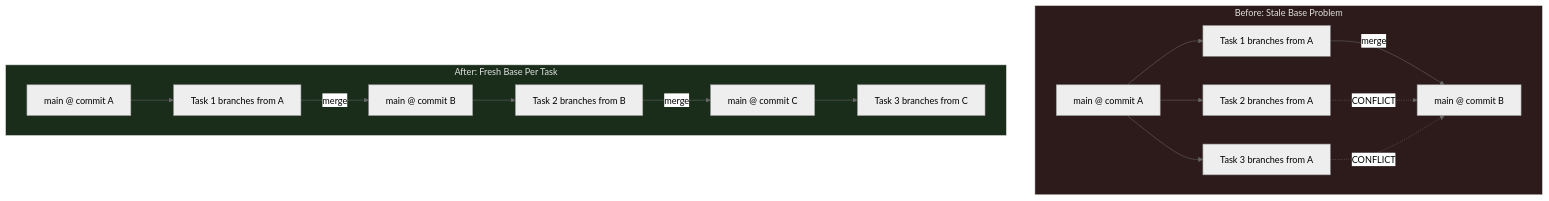
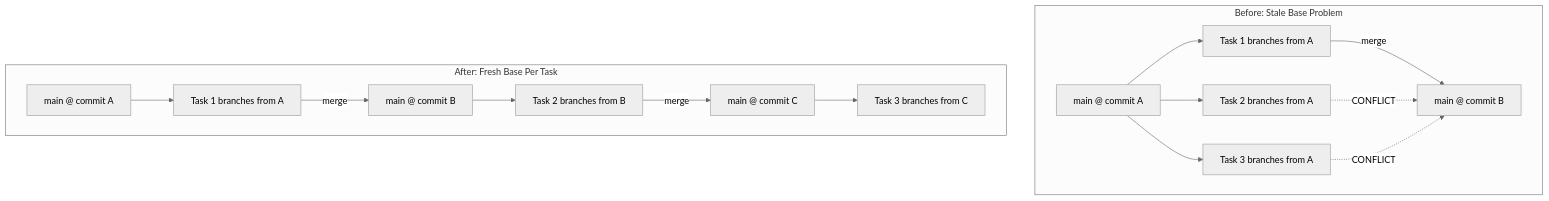
Before and after one commit to doyun-gu/claude-handler: the eighth of 9 diagrams in docs/ARCHITECTURE.md, drawn with Mermaid (neutral theme). The commit also changed other lines of this file, not shown here.

First line of the commit message:
Remove custom dark colors from mermaid diagrams

````diff
--- a/docs/ARCHITECTURE.md
+++ b/docs/ARCHITECTURE.md
@@ -323,22 +306,20 @@
 ```mermaid
 flowchart TD
     subgraph Before["Before: Stale Base Problem"]
         A1["main @ commit A"] --> B1["Task 1 branches from A"]
         A1 --> C1["Task 2 branches from A"]
         A1 --> D1["Task 3 branches from A"]
         B1 -->|"merge"| E1["main @ commit B"]
         C1 -.->|"CONFLICT"| E1
         D1 -.->|"CONFLICT"| E1
     end
 
     subgraph After["After: Fresh Base Per Task"]
         A2["main @ commit A"] --> B2["Task 1 branches from A"]
         B2 -->|"merge"| E2["main @ commit B"]
         E2 --> C2["Task 2 branches from B"]
         C2 -->|"merge"| F2["main @ commit C"]
         F2 --> D2["Task 3 branches from C"]
     end
 
-    style Before fill:#2d1a1a,stroke:#e0e0e0,color:#e0e0e0
-    style After fill:#1a2d1a,stroke:#e0e0e0,color:#e0e0e0
 ```
````
